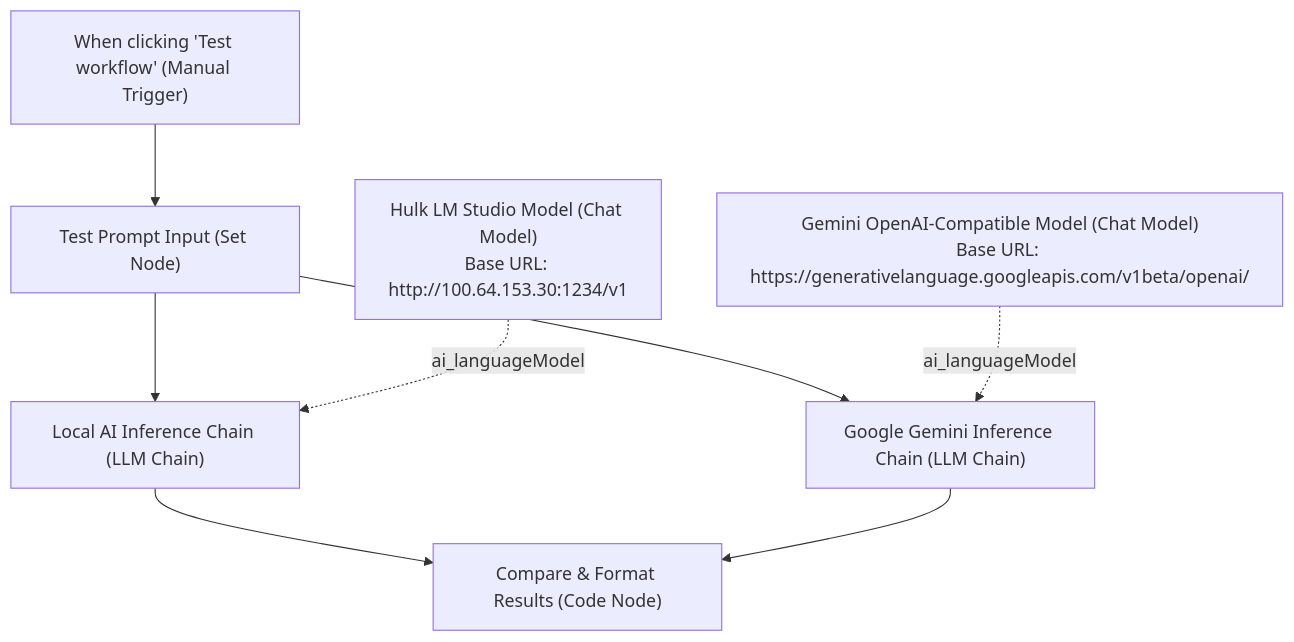
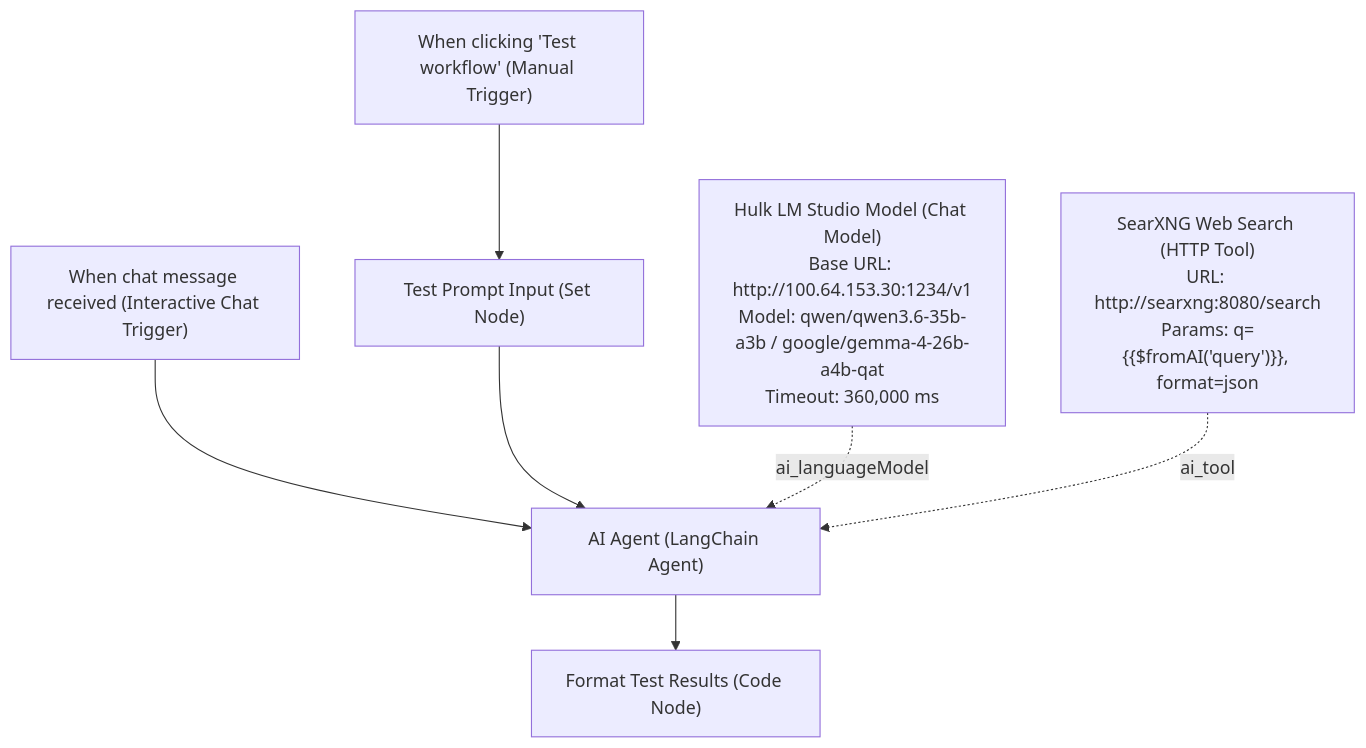
The diagram in workflows/ai-testing/README.md (victor-jaimes-puente/Local-N8n), drawn with Mermaid before and after one commit. The commit also changed other lines of this file and 11 other files, not shown here.

First line of the commit message:
Add n8n architect skill and revamp AI testing

````diff
--- a/workflows/ai-testing/README.md
+++ b/workflows/ai-testing/README.md
@@ -21,13 +23,12 @@
 ```mermaid
 graph TD
-    Trigger["When clicking 'Test workflow' (Manual Trigger)"] --> InputNode["Test Prompt Input (Set Node)"]
+    ChatTrigger["When chat message received (Interactive Chat Trigger)"] --> AgentNode["AI Agent (LangChain Agent)"]
+    ManualTrigger["When clicking 'Test workflow' (Manual Trigger)"] --> InputNode["Test Prompt Input (Set Node)"]
+    InputNode --> AgentNode
     
-    InputNode --> LocalChain["Local AI Inference Chain (LLM Chain)"]
-    InputNode --> GeminiChain["Google Gemini Inference Chain (LLM Chain)"]
+    LocalModel["Hulk LM Studio Model (Chat Model)<br/>Base URL: http://100.64.153.30:1234/v1<br/>Model: qwen/qwen3.6-35b-a3b / google/gemma-4-26b-a4b-qat<br/>Timeout: 360,000 ms"] -.->|ai_languageModel| AgentNode
     
-    LocalModel["Hulk LM Studio Model (Chat Model)<br/>Base URL: http://100.64.153.30:1234/v1"] -.->|ai_languageModel| LocalChain
-    GeminiModel["Gemini OpenAI-Compatible Model (Chat Model)<br/>Base URL: https://generativelanguage.googleapis.com/v1beta/openai/"] -.->|ai_languageModel| GeminiChain
+    SearXNGTool["SearXNG Web Search (HTTP Tool)<br/>URL: http://searxng:8080/search<br/>Params: q={{$fromAI('query')}}, format=json"] -.->|ai_tool| AgentNode
     
-    LocalChain --> CompareNode["Compare & Format Results (Code Node)"]
-    GeminiChain --> CompareNode
+    AgentNode --> FormatNode["Format Test Results (Code Node)"]
 ```
````
